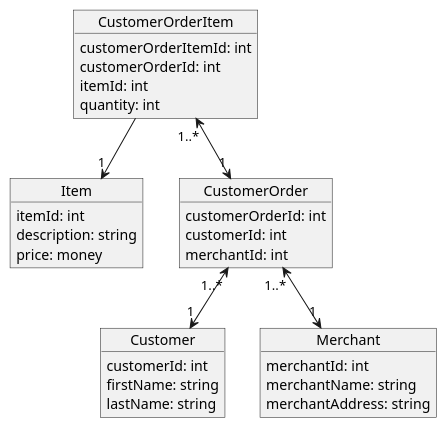
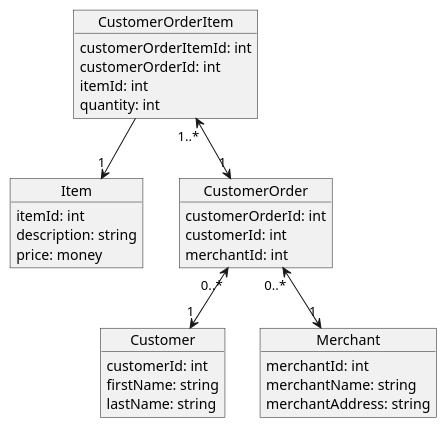
Before and after one commit to cameronbroe/challenges: the diagram in docs/schema.puml, drawn with PlantUML. The commit also changed 3 other files, not shown here.

Commit message:
Validate customer orders and adjust UML diagram

```diff
--- a/docs/schema.puml
+++ b/docs/schema.puml
@@ -1,37 +1,37 @@
 @startuml
 object Customer {
     customerId: int
     firstName: string
     lastName: string
 }
 
 object Item {
     itemId: int
     description: string
     price: money
 }
 
 object Merchant {
     merchantId: int
     merchantName: string
     merchantAddress: string
 }
 
 object CustomerOrder {
     customerOrderId: int
     customerId: int
     merchantId: int
 }
 
 object CustomerOrderItem {
     customerOrderItemId: int
     customerOrderId: int
     itemId: int
     quantity: int
 }
 
 CustomerOrderItem "1..*" <--> "1" CustomerOrder
-CustomerOrder "1..*" <--> "1" Merchant
+CustomerOrder "0..*" <--> "1" Merchant
 CustomerOrderItem  --> "1" Item
-CustomerOrder "1..*" <--> "1" Customer
+CustomerOrder "0..*" <--> "1" Customer
 @enduml
```
